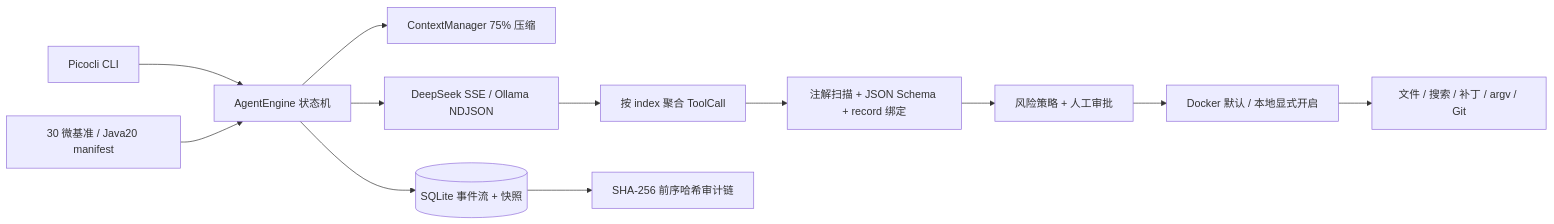
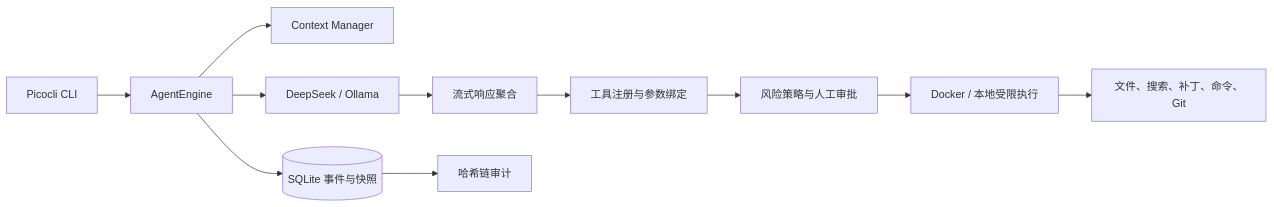
The diagram in README.md (moneymaker26754-crypto/agentforge-java), drawn with Mermaid before and after one commit. The commit also changed other lines of this file, not shown here.

````diff
--- a/README.md
+++ b/README.md
@@ -11,14 +42,13 @@
 ```mermaid
 flowchart LR
-  CLI[Picocli CLI] --> Engine[AgentEngine 状态机]
-  Engine --> Context[ContextManager 75% 压缩]
-  Engine --> Model[DeepSeek SSE / Ollama NDJSON]
-  Model --> Aggregate[按 index 聚合 ToolCall]
-  Aggregate --> Registry[注解扫描 + JSON Schema + record 绑定]
-  Registry --> Policy[风险策略 + 人工审批]
-  Policy --> Sandbox[Docker 默认 / 本地显式开启]
-  Sandbox --> Tools[文件 / 搜索 / 补丁 / argv / Git]
-  Engine --> Store[(SQLite 事件流 + 快照)]
-  Store --> Audit[SHA-256 前序哈希审计链]
-  Eval[30 微基准 / Java20 manifest] --> Engine
+  CLI[Picocli CLI] --> Engine[AgentEngine]
+  Engine --> Context[Context Manager]
+  Engine --> Model[DeepSeek / Ollama]
+  Model --> Stream[流式响应聚合]
+  Stream --> Registry[工具注册与参数绑定]
+  Registry --> Policy[风险策略与人工审批]
+  Policy --> Sandbox[Docker / 本地受限执行]
+  Sandbox --> Tools[文件、搜索、补丁、命令、Git]
+  Engine --> Store[(SQLite 事件与快照)]
+  Store --> Audit[哈希链审计]
 ```
````
